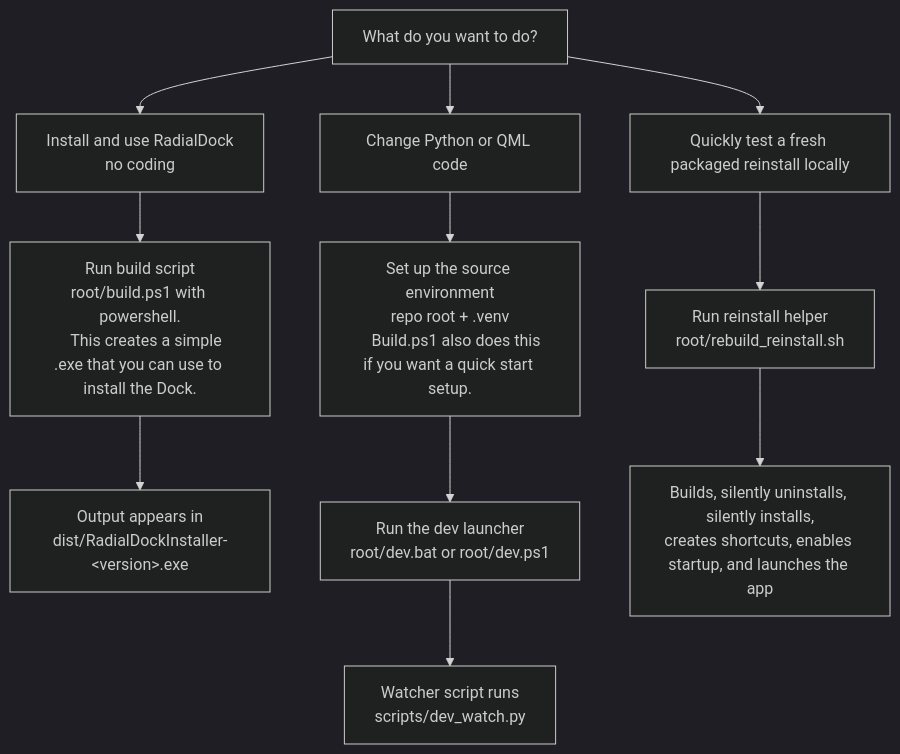
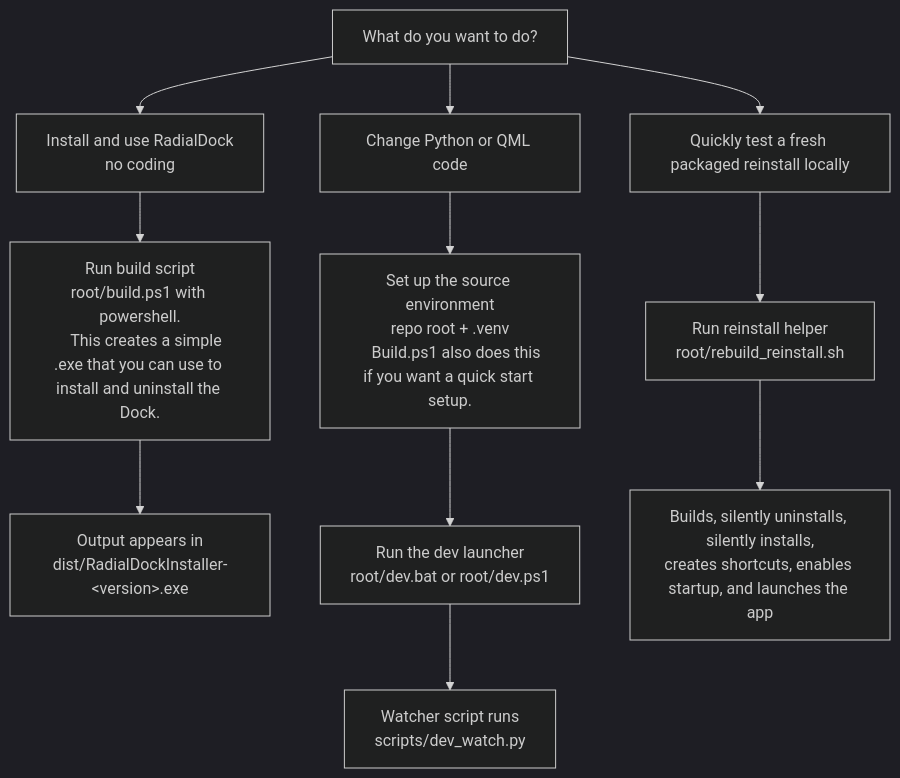
Before and after one commit to Wwp2/RadialDock: the diagram in README.md, drawn with Mermaid (dark theme). The commit also changed 4 other files, not shown here.

````diff
--- a/README.md
+++ b/README.md
@@ -15,19 +15,19 @@
 ```mermaid
 flowchart TD
     A["What do you want to do?"]
 
     A --> B["Install and use RadialDock<br/>no coding"]
     B --> J["Run build script<br/>root/build.ps1 with powershell.
-    This creates a simple .exe that you can use to install the Dock."]
+    This creates a simple .exe that you can use to install and uninstall the Dock."]
     J --> K["Output appears in<br/>dist/RadialDockInstaller-&lt;version&gt;.exe"]
 
     A --> E["Change Python or QML code"]
     E --> F["Set up the source environment<br/>repo root + .venv
     Build.ps1 also does this if you want a quick start setup."]
     F --> G["Run the dev launcher<br/>root/dev.bat or root/dev.ps1"]
     G --> H["Watcher script runs<br/>scripts/dev_watch.py"]
 
     A --> L["Quickly test a fresh packaged reinstall locally"]
     L --> M["Run reinstall helper<br/>root/rebuild_reinstall.sh"]
     M --> N["Builds, silently uninstalls, silently installs,<br/>creates shortcuts, enables startup, and launches the app"]
 ```
````
